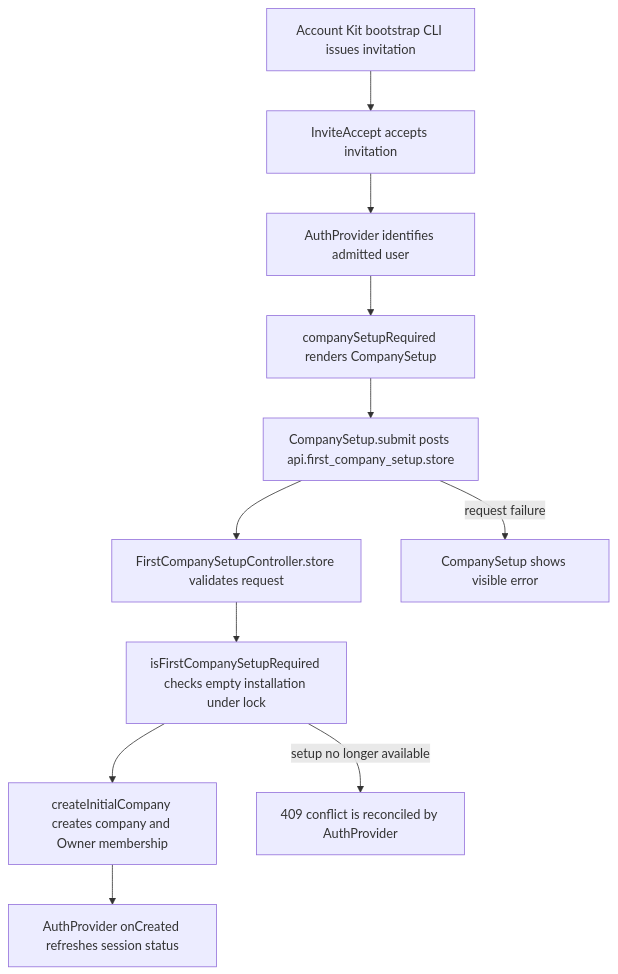
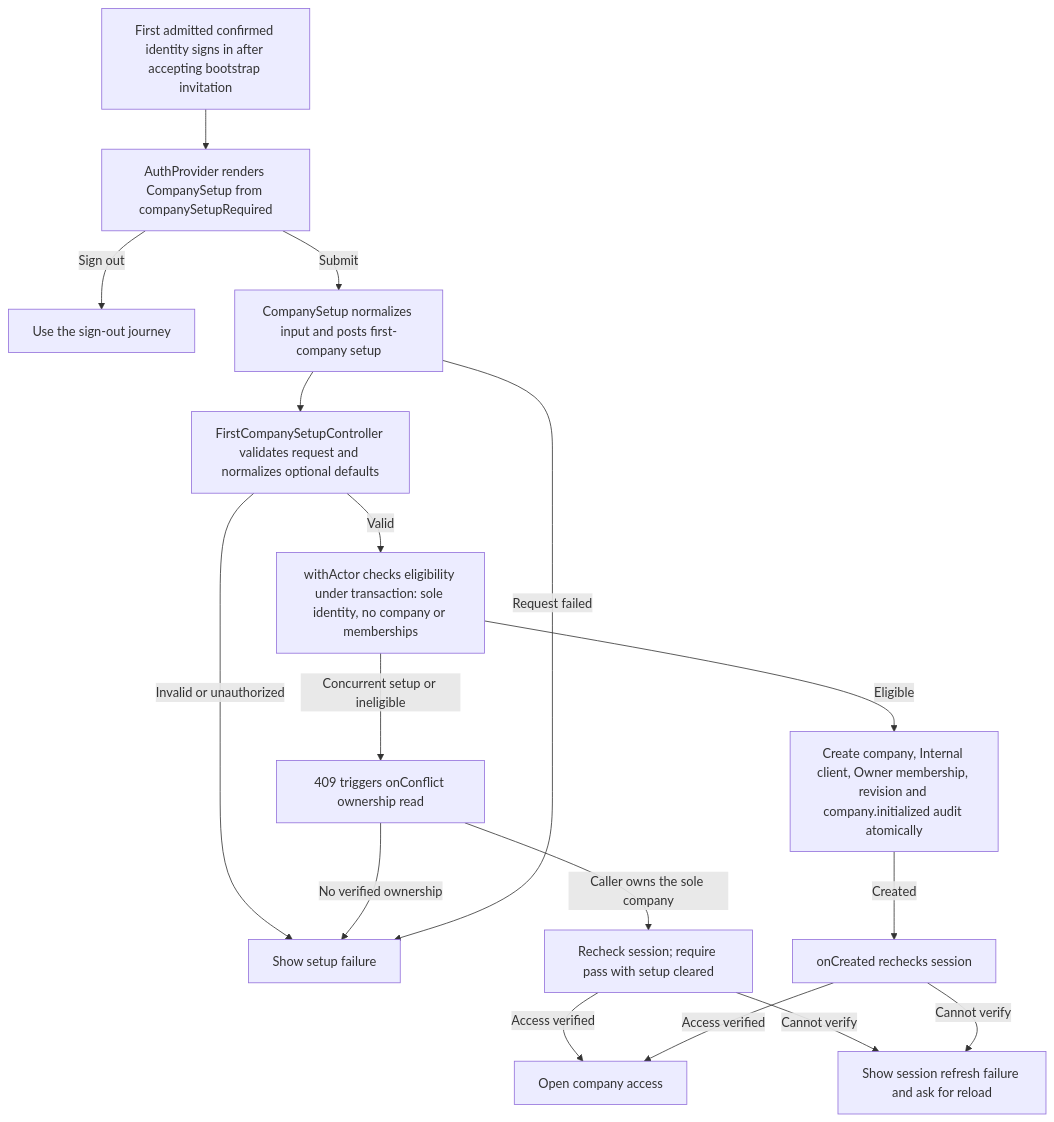
Before and after one commit to Kevinjohn/capacitylens: the second of 2 diagrams in user-stories/navigation/US-NAV-14-company-picker-setup.md, drawn with Mermaid. The commit also changed other lines of this file and 172 other files, not shown here.

Commit message:
docs: reconcile user story code flows with source

````diff
--- a/user-stories/navigation/US-NAV-14-company-picker-setup.md
+++ b/user-stories/navigation/US-NAV-14-company-picker-setup.md
@@ -39,13 +39,19 @@
 ```mermaid
 flowchart TD
-  command["Account Kit bootstrap CLI issues invitation"] --> invite["InviteAccept accepts invitation"]
-  invite --> auth["AuthProvider identifies admitted user"]
-  auth --> setup["companySetupRequired renders CompanySetup"]
-  setup --> submit["CompanySetup.submit posts api.first_company_setup.store"]
-  submit --> route["FirstCompanySetupController.store validates request"]
-  route --> guard["isFirstCompanySetupRequired checks empty installation under lock"]
-  guard --> create["createInitialCompany creates company and Owner membership"]
-  create --> refresh["AuthProvider onCreated refreshes session status"]
-  submit -->|request failure| error["CompanySetup shows visible error"]
-  guard -->|setup no longer available| conflict["409 conflict is reconciled by AuthProvider"]
+  bootstrap["First admitted confirmed identity signs in after accepting bootstrap invitation"] --> gate["AuthProvider renders CompanySetup from companySetupRequired"]
+  gate -->|Sign out| logout["Use the sign-out journey"]
+  gate -->|Submit| form["CompanySetup normalizes input and posts first-company setup"]
+  form --> controller["FirstCompanySetupController validates request and normalizes optional defaults"]
+  controller -->|Invalid or unauthorized| refusal["Show setup failure"]
+  controller -->|Valid| guard["withActor checks eligibility under transaction: sole identity, no company or memberships"]
+  guard -->|Eligible| create["Create company, Internal client, Owner membership, revision and company.initialized audit atomically"]
+  create -->|Created| reread["onCreated rechecks session"]
+  guard -->|Concurrent setup or ineligible| conflict["409 triggers onConflict ownership read"]
+  conflict -->|Caller owns the sole company| concurrent["Recheck session; require pass with setup cleared"]
+  conflict -->|No verified ownership| refusal
+  concurrent -->|Access verified| app
+  concurrent -->|Cannot verify| recover
+  reread -->|Access verified| app["Open company access"]
+  reread -->|Cannot verify| recover["Show session refresh failure and ask for reload"]
+  form -->|Request failed| refusal
 ```
````
